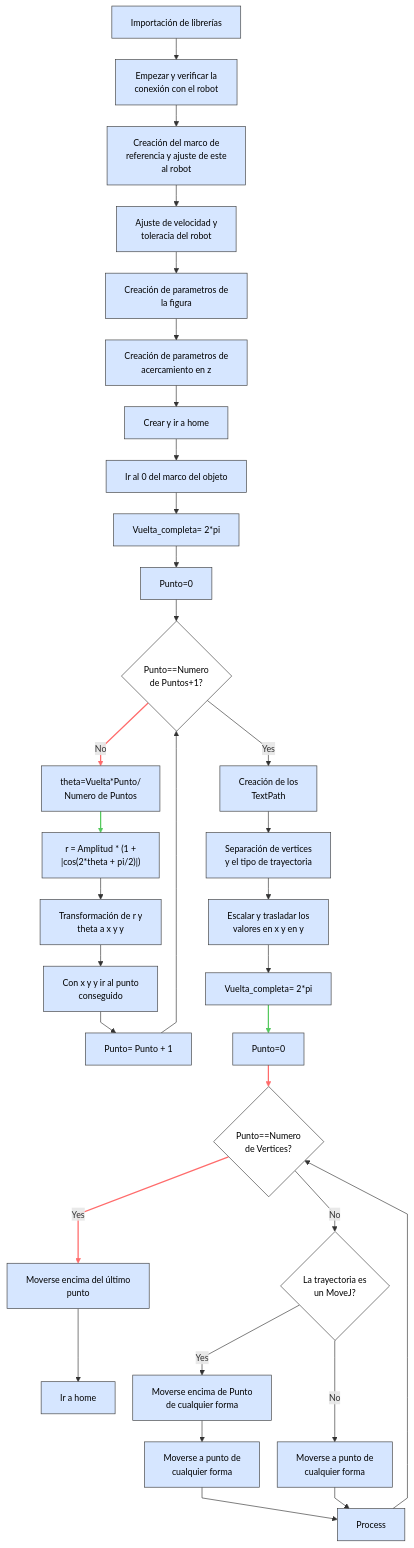
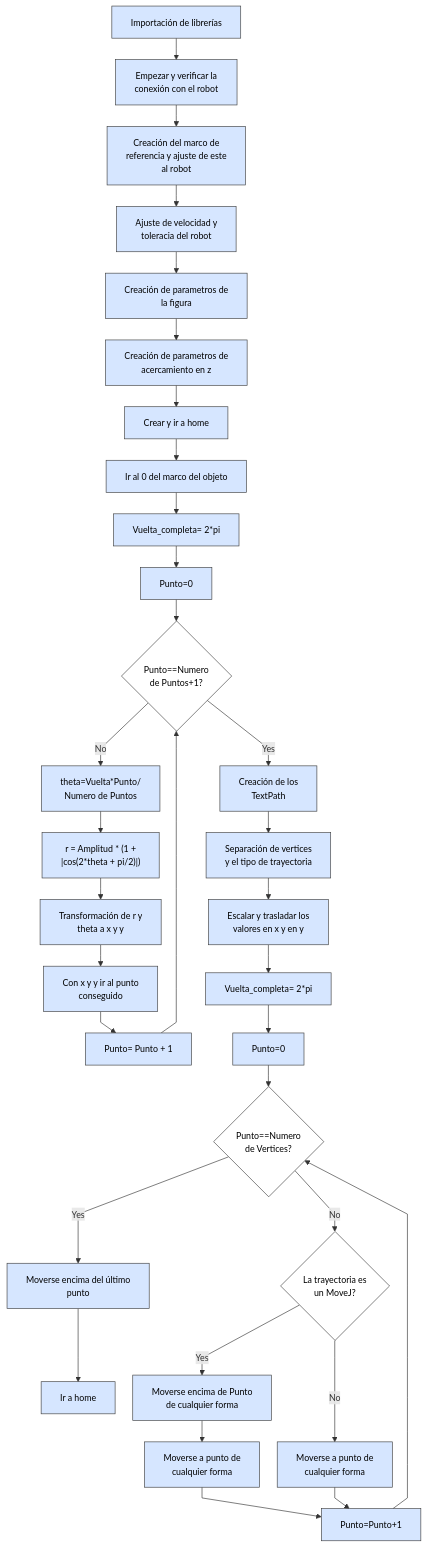
Before and after one commit to labsir-un/Robotica-2026-I-Equipo-2A-Monroy-Saenz: the diagram in Laboratorio No. 02 - Robótica Industrial Motoman MH6 y RoboDK/README.MD, drawn with Mermaid.

````diff
--- a/Laboratorio No. 02 - Robótica Industrial Motoman MH6 y RoboDK/README.MD
+++ b/Laboratorio No. 02 - Robótica Industrial Motoman MH6 y RoboDK/README.MD
@@ -96,78 +96,72 @@
 ```mermaid
 %%{init: {
   "flowchart": {
     "curve": "linear",
     "nodeSpacing": 28,
     "rankSpacing": 34
   },
   "themeVariables": {
     "fontSize": "14px"
   }
 }}%%
 
 flowchart TD
 
 %% ===== BLOQUES PRINCIPALES =====
 A1["Importación de librerías"] --> A2["Empezar y verificar la<br/>conexión con el robot"]
 A2 --> A3["Creación del marco de<br/>referencia y ajuste de este<br/>al robot"]
 A3 --> A4["Ajuste de velocidad y<br/>toleracia del robot"]
 A4 --> A5["Creación de parametros de<br/>la figura"]
 A5 --> A6["Creación de parametros de<br/>acercamiento en z"]
 A6 --> A7["Crear y ir a home"]
 A7 --> A8["Ir al 0 del marco del objeto"]
 A8 --> A9["Vuelta_completa= 2*pi"]
 A9 --> A10["Punto=0"]
 
 D1{Punto==Numero<br/>de Puntos+1?}
 
 A10 --> D1
 
 %% ===== RAMA 1: RECORRIDO DE PUNTOS =====
 D1 -->|No| B1["theta=Vuelta*Punto/<br/>Numero de Puntos"]
 B1 --> B2["r = Amplitud * (1 +<br/>|cos(2*theta + pi/2)|)"]
 B2 --> B3["Transformación de r y<br/>theta a x y y"]
 B3 --> B4["Con x y y ir al punto<br/>conseguido"]
 B4 --> B5["Punto= Punto + 1"]
 B5 --> D1
 
 %% ===== RAMA 2: CREACIÓN DE TEXTPATH =====
 D1 -->|Yes| C1["Creación de los<br/>TextPath"]
 C1 --> C2["Separación de vertices<br/>y el tipo de trayectoria"]
 C2 --> C3["Escalar y trasladar los<br/>valores en x y en y"]
 C3 --> C4["Vuelta_completa= 2*pi"]
 C4 --> C5["Punto=0"]
 
 D2{Punto==Numero<br/>de Vertices?}
 C5 --> D2
 
 %% ===== RAMA 3: MOVIMIENTO FINAL =====
 D2 -->|Yes| E1["Moverse encima del último<br/>punto"]
 E1 --> E2["Ir a home"]
 
 D2 -->|No| D3{"La trayectoria es<br/>un MoveJ?"}
 
 D3 -->|Yes| F1["Moverse encima de Punto<br/>de cualquier forma"]
 F1 --> F2["Moverse a punto de<br/>cualquier forma"]
-F2 --> P["Process"]
+F2 --> P["Punto=Punto+1"]
 
 D3 -->|No| G1["Moverse a punto de<br/>cualquier forma"]
 G1 --> P
 
 P --> D2
 
 %% ===== ESTILOS =====
 classDef box fill:#d6e6ff,stroke:#3d3d3d,stroke-width:1px,color:#000;
 classDef decision fill:#ffffff,stroke:#3d3d3d,stroke-width:1px,color:#000;
 classDef process fill:#6fa8dc,stroke:#3d3d3d,stroke-width:1px,color:#000;
 
 class A1,A2,A3,A4,A5,A6,A7,A8,A9,A10,B1,B2,B3,B4,B5,C1,C2,C3,C4,C5,E1,E2,F1,F2,G1,P box;
 class D1,D2,D3 decision;
 
-%% ===== COLORES DE RAMAS =====
-linkStyle 10 stroke:#ff6b6b,stroke-width:2px
-linkStyle 11 stroke:#55c95e,stroke-width:2px
-linkStyle 20 stroke:#55c95e,stroke-width:2px
-linkStyle 21 stroke:#ff6b6b,stroke-width:2px
-linkStyle 22 stroke:#ff6b6b,stroke-width:2px
 
 ```
````
